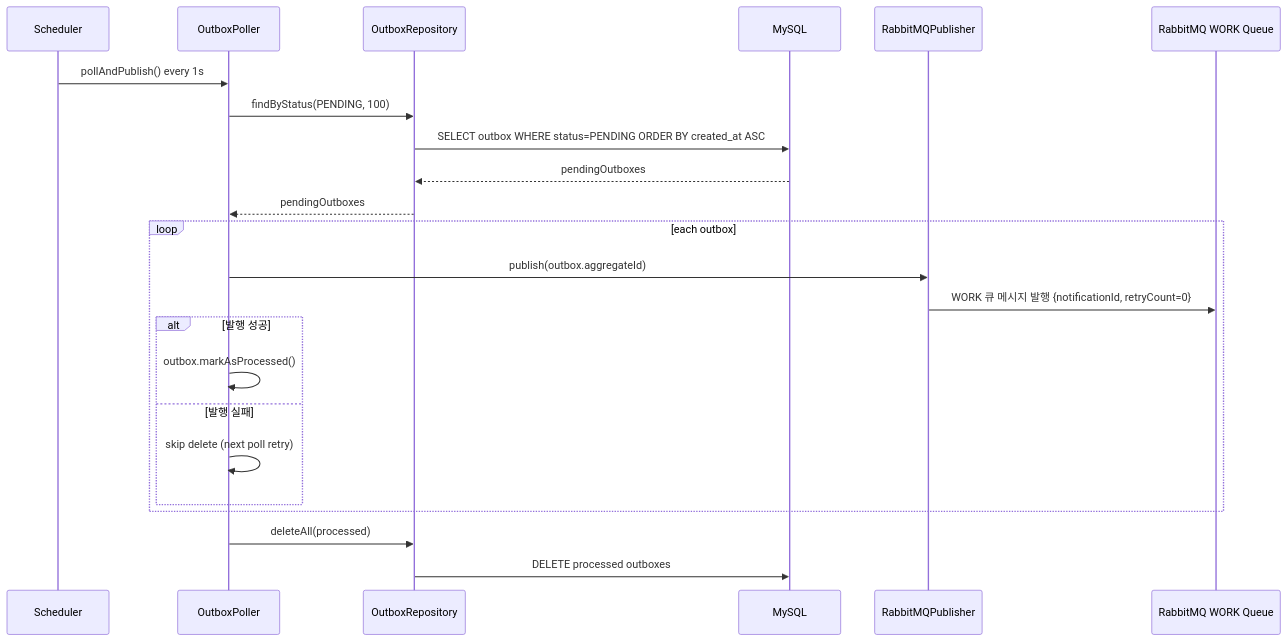
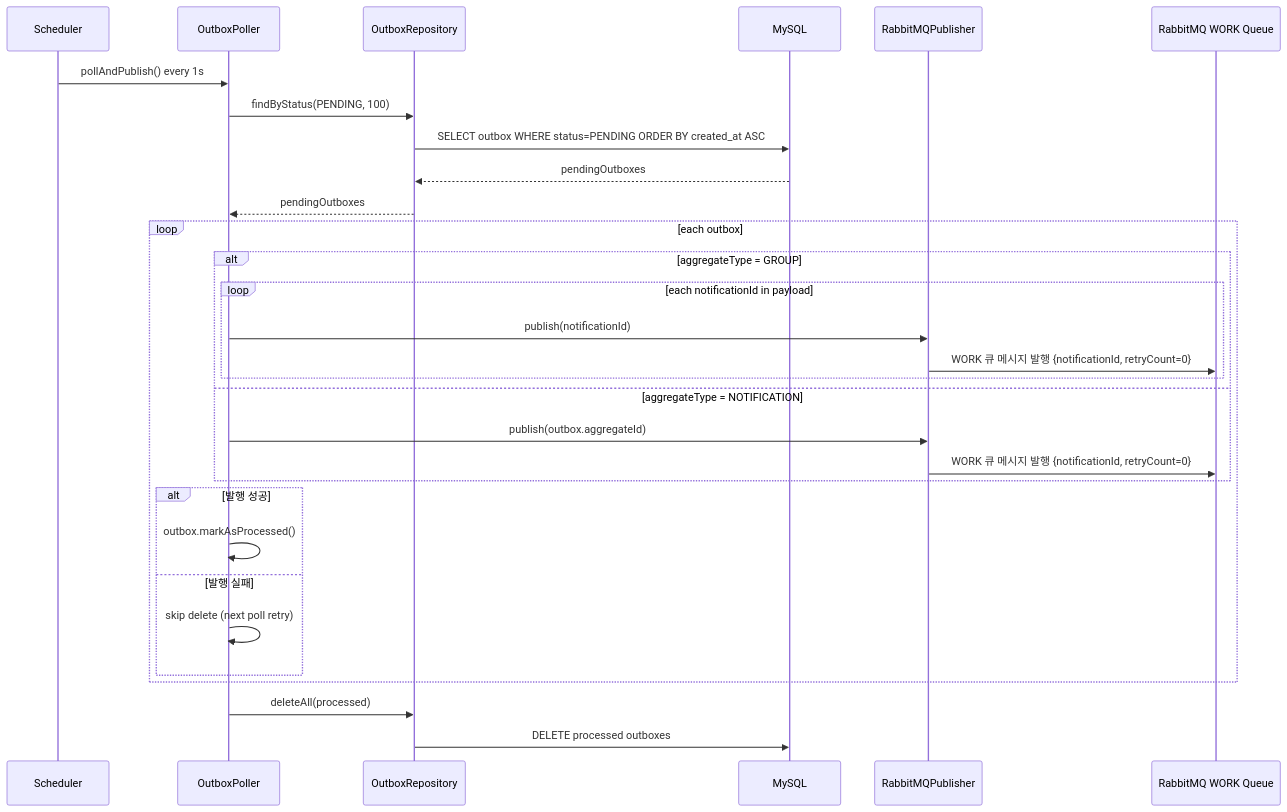
Before and after one commit to yht0827/notification-dispatcher: the first of 6 diagrams in docs/02-sequence-diagrams.md, drawn with Mermaid. The commit also changed other lines of this file and 80 other files, not shown here.

````diff
--- a/docs/02-sequence-diagrams.md
+++ b/docs/02-sequence-diagrams.md
@@ -63,28 +16,35 @@
 ```mermaid
 sequenceDiagram
     participant S as Scheduler
     participant OP as OutboxPoller
     participant OR as OutboxRepository
     participant DB as MySQL
     participant PUB as RabbitMQPublisher
     participant RS as RabbitMQ WORK Queue
 
     S->>OP: pollAndPublish() every 1s
     OP->>OR: findByStatus(PENDING, 100)
     OR->>DB: SELECT outbox WHERE status=PENDING ORDER BY created_at ASC
     DB-->>OR: pendingOutboxes
     OR-->>OP: pendingOutboxes
 
     loop each outbox
-        OP->>PUB: publish(outbox.aggregateId)
-        PUB->>RS: WORK 큐 메시지 발행 {notificationId, retryCount=0}
+        alt aggregateType = GROUP
+            loop each notificationId in payload
+                OP->>PUB: publish(notificationId)
+                PUB->>RS: WORK 큐 메시지 발행 {notificationId, retryCount=0}
+            end
+        else aggregateType = NOTIFICATION
+            OP->>PUB: publish(outbox.aggregateId)
+            PUB->>RS: WORK 큐 메시지 발행 {notificationId, retryCount=0}
+        end
         alt 발행 성공
             OP->>OP: outbox.markAsProcessed()
         else 발행 실패
             OP->>OP: skip delete (next poll retry)
         end
     end
 
     OP->>OR: deleteAll(processed)
     OR->>DB: DELETE processed outboxes
 ```
````
